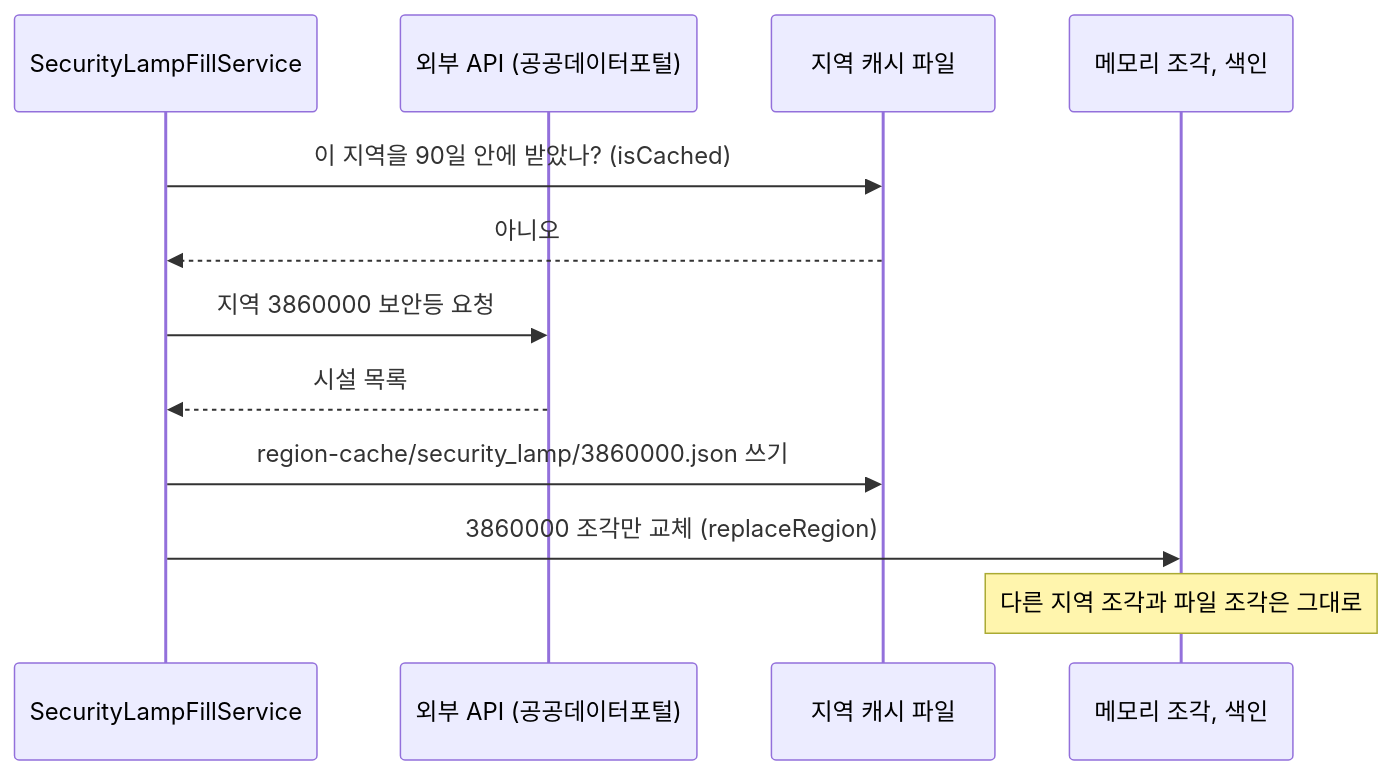
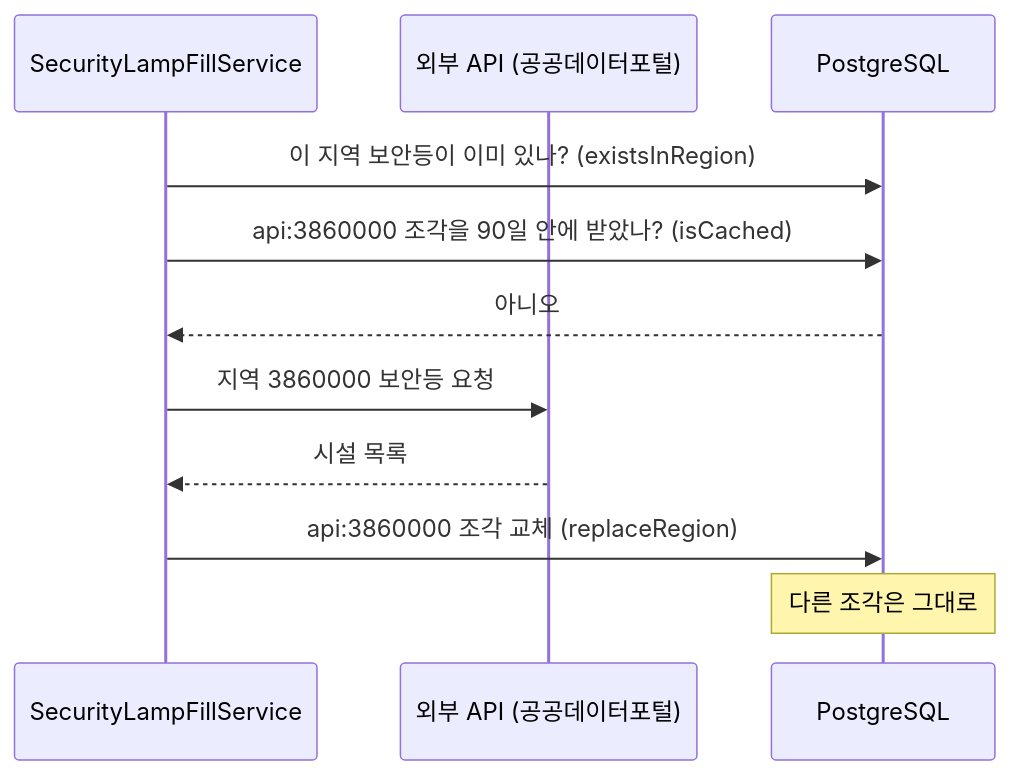
Before and after one commit to soo-ai-agent/bueongi-backend: the second of 4 diagrams in docs/DATA_STORAGE.md, drawn with Mermaid. The commit also changed other lines of this file and 11 other files, not shown here.

````diff
--- a/docs/DATA_STORAGE.md
+++ b/docs/DATA_STORAGE.md
@@ -232,15 +156,14 @@
 ```mermaid
 sequenceDiagram
     participant Fill as SecurityLampFillService
     participant Api as 외부 API (공공데이터포털)
-    participant Cache as 지역 캐시 파일
-    participant Mem as 메모리 조각, 색인
+    participant DB as PostgreSQL
 
-    Fill->>Cache: 이 지역을 90일 안에 받았나? (isCached)
-    Cache-->>Fill: 아니오
+    Fill->>DB: 이 지역 보안등이 이미 있나? (existsInRegion)
+    Fill->>DB: api:3860000 조각을 90일 안에 받았나? (isCached)
+    DB-->>Fill: 아니오
     Fill->>Api: 지역 3860000 보안등 요청
     Api-->>Fill: 시설 목록
-    Fill->>Cache: region-cache/security_lamp/3860000.json 쓰기
-    Fill->>Mem: 3860000 조각만 교체 (replaceRegion)
-    Note over Mem: 다른 지역 조각과 파일 조각은 그대로
+    Fill->>DB: api:3860000 조각 교체 (replaceRegion)
+    Note over DB: 다른 조각은 그대로
 ```
````
